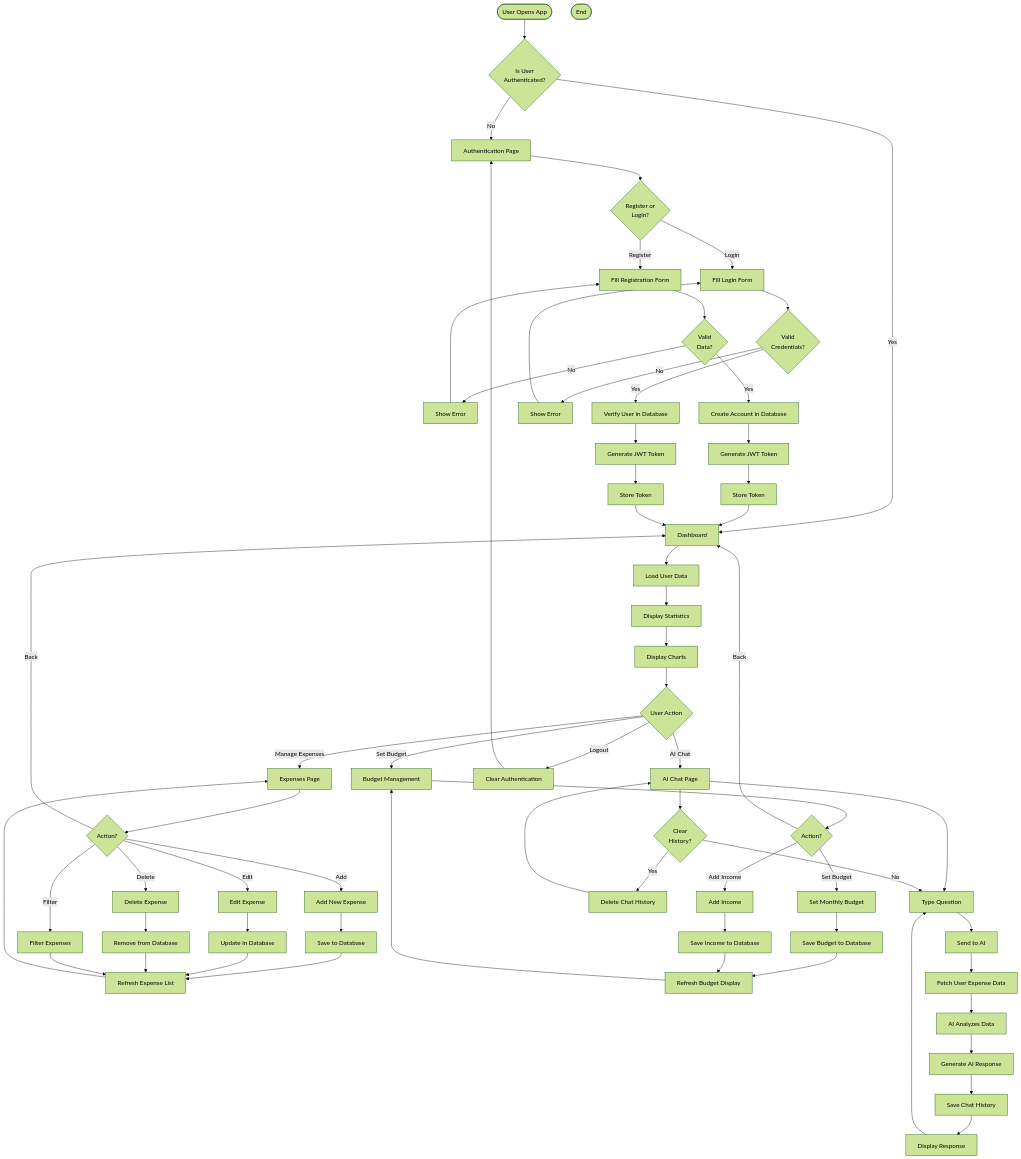
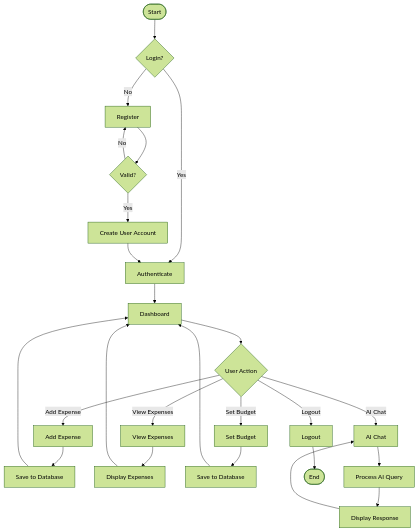
One commit to DeNoella/ai_expense_tracker_app changed the diagram in diagrams/activity-diagram.md. Above: the diagram before and after it, drawn with Mermaid (forest theme). The commit also changed other lines of this file and 3 other files, not shown here.

Commit message:
Made Diagrams simpler to understand

````diff
--- a/diagrams/activity-diagram.md
+++ b/diagrams/activity-diagram.md
@@ -5,81 +3,32 @@
 ```mermaid
 flowchart TD
-    Start([User Opens App]) --> CheckAuth{Is User<br/>Authenticated?}
+    Start([Start]) --> Login{Login?}
+    Login -->|No| Register[Register]
+    Login -->|Yes| Authenticate[Authenticate]
     
-    CheckAuth -->|No| AuthPage[Authentication Page]
-    CheckAuth -->|Yes| Dashboard[Dashboard]
+    Register --> ValidateReg{Valid?}
+    ValidateReg -->|No| Register
+    ValidateReg -->|Yes| CreateUser[Create User Account]
+    CreateUser --> Authenticate
     
-    AuthPage --> AuthChoice{Register or<br/>Login?}
-    AuthChoice -->|Register| Register[Fill Registration Form]
-    AuthChoice -->|Login| Login[Fill Login Form]
+    Authenticate --> Dashboard[Dashboard]
+    Dashboard --> Action{User Action}
     
-    Register --> ValidateReg{Valid<br/>Data?}
-    ValidateReg -->|No| ShowRegError[Show Error]
-    ShowRegError --> Register
-    ValidateReg -->|Yes| CreateAccount[Create Account in Database]
-    CreateAccount --> GenerateToken1[Generate JWT Token]
-    GenerateToken1 --> StoreAuth1[Store Token]
-    StoreAuth1 --> Dashboard
-    
-    Login --> ValidateLogin{Valid<br/>Credentials?}
-    ValidateLogin -->|No| ShowLoginError[Show Error]
-    ShowLoginError --> Login
-    ValidateLogin -->|Yes| VerifyUser[Verify User in Database]
-    VerifyUser --> GenerateToken2[Generate JWT Token]
-    GenerateToken2 --> StoreAuth2[Store Token]
-    StoreAuth2 --> Dashboard
-    
-    Dashboard --> LoadData[Load User Data]
-    LoadData --> DisplayStats[Display Statistics]
-    DisplayStats --> DisplayCharts[Display Charts]
-    DisplayCharts --> UserAction{User Action}
-    
-    UserAction -->|Manage Expenses| ExpensePage[Expenses Page]
-    UserAction -->|Set Budget| BudgetPage[Budget Management]
-    UserAction -->|AI Chat| ChatPage[AI Chat Page]
-    UserAction -->|Logout| ClearAuth[Clear Authentication]
-    ClearAuth --> AuthPage
-    
-    ExpensePage --> ExpenseAction{Action?}
-    ExpenseAction -->|Add| AddExpense[Add New Expense]
-    ExpenseAction -->|Edit| EditExpense[Edit Expense]
-    ExpenseAction -->|Delete| DeleteExpense[Delete Expense]
-    ExpenseAction -->|Filter| FilterExpenses[Filter Expenses]
-    ExpenseAction -->|Back| Dashboard
+    Action -->|Add Expense| AddExpense[Add Expense]
+    Action -->|View Expenses| ViewExpenses[View Expenses]
+    Action -->|Set Budget| SetBudget[Set Budget]
+    Action -->|AI Chat| AIChat[AI Chat]
+    Action -->|Logout| Logout[Logout]
     
     AddExpense --> SaveExpense[Save to Database]
-    EditExpense --> UpdateExpense[Update in Database]
-    DeleteExpense --> RemoveExpense[Remove from Database]
-    SaveExpense --> RefreshExpenses[Refresh Expense List]
-    UpdateExpense --> RefreshExpenses
-    RemoveExpense --> RefreshExpenses
-    FilterExpenses --> RefreshExpenses
-    RefreshExpenses --> ExpensePage
+    ViewExpenses --> DisplayExpenses[Display Expenses]
+    SetBudget --> SaveBudget[Save to Database]
+    AIChat --> ProcessAI[Process AI Query]
+    Logout --> End([End])
     
-    BudgetPage --> BudgetAction{Action?}
-    BudgetAction -->|Set Budget| SetBudget[Set Monthly Budget]
-    BudgetAction -->|Add Income| AddIncome[Add Income]
-    BudgetAction -->|Back| Dashboard
-    
-    SetBudget --> SaveBudget[Save Budget to Database]
-    AddIncome --> SaveIncome[Save Income to Database]
-    SaveBudget --> RefreshBudget[Refresh Budget Display]
-    SaveIncome --> RefreshBudget
-    RefreshBudget --> BudgetPage
-    
-    ChatPage --> TypeQuestion[Type Question]
-    TypeQuestion --> SendQuestion[Send to AI]
-    SendQuestion --> FetchUserData[Fetch User Expense Data]
-    FetchUserData --> Analyze[AI Analyzes Data]
-    Analyze --> GenerateResponse[Generate AI Response]
-    GenerateResponse --> SaveChat[Save Chat History]
-    SaveChat --> DisplayResponse[Display Response]
-    DisplayResponse --> TypeQuestion
-    
-    ChatPage --> ClearChat{Clear<br/>History?}
-    ClearChat -->|Yes| DeleteHistory[Delete Chat History]
-    DeleteHistory --> ChatPage
-    ClearChat -->|No| TypeQuestion
-    
-    End([End])
+    SaveExpense --> Dashboard
+    DisplayExpenses --> Dashboard
+    SaveBudget --> Dashboard
+    ProcessAI --> DisplayResponse[Display Response]
+    DisplayResponse --> AIChat
 ```
````
